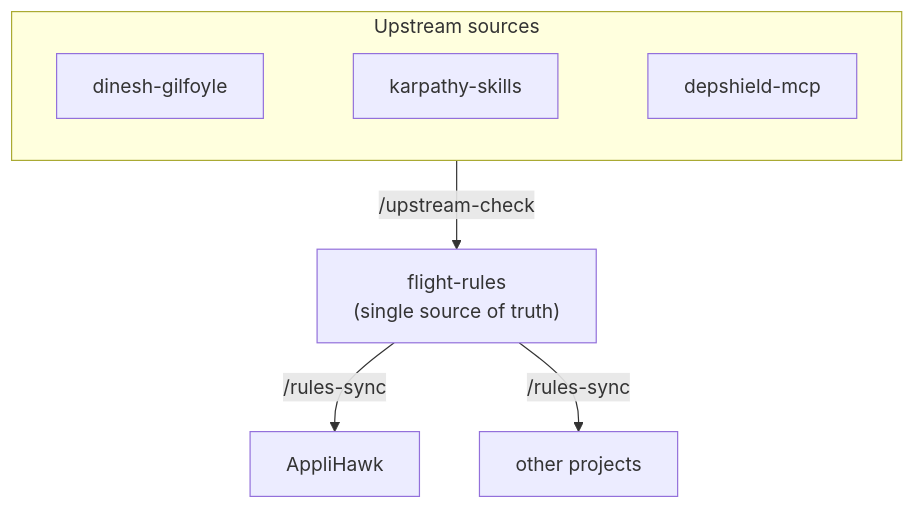
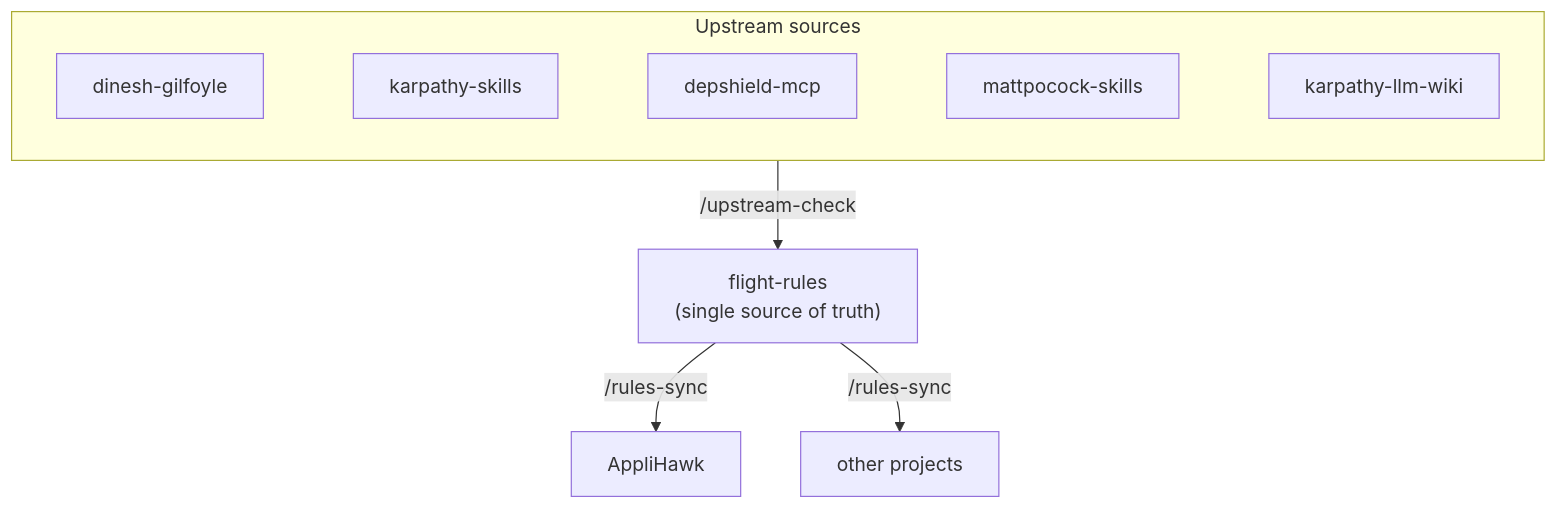
One commit to mkb3nigma/flight-rules changed the diagram in README.md. Above: the diagram before and after it, drawn with Mermaid. The commit also changed other lines of this file and 11 other files, not shown here.

````diff
--- a/README.md
+++ b/README.md
@@ -25,10 +25,10 @@
 ```mermaid
 flowchart TB
     subgraph sources["Upstream sources"]
         direction LR
-        S1["dinesh-gilfoyle"] ~~~ S2["karpathy-skills"] ~~~ S3["depshield-mcp"]
+        S1["dinesh-gilfoyle"] ~~~ S2["karpathy-skills"] ~~~ S3["depshield-mcp"] ~~~ S4["mattpocock-skills"] ~~~ S5["karpathy-llm-wiki"]
     end
     sources -- "/upstream-check" --> FR["flight-rules<br/>(single source of truth)"]
     FR -- "/rules-sync" --> P1["AppliHawk"]
     FR -- "/rules-sync" --> P2["other projects"]
 ```
````
